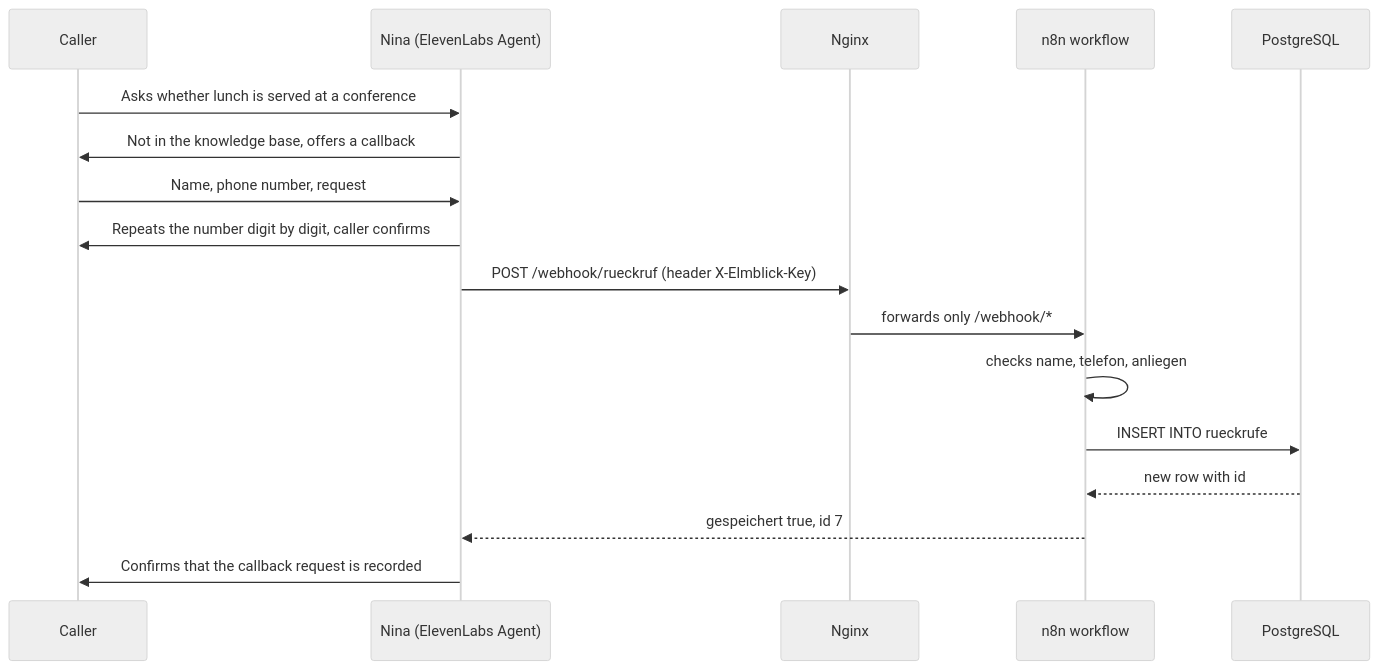
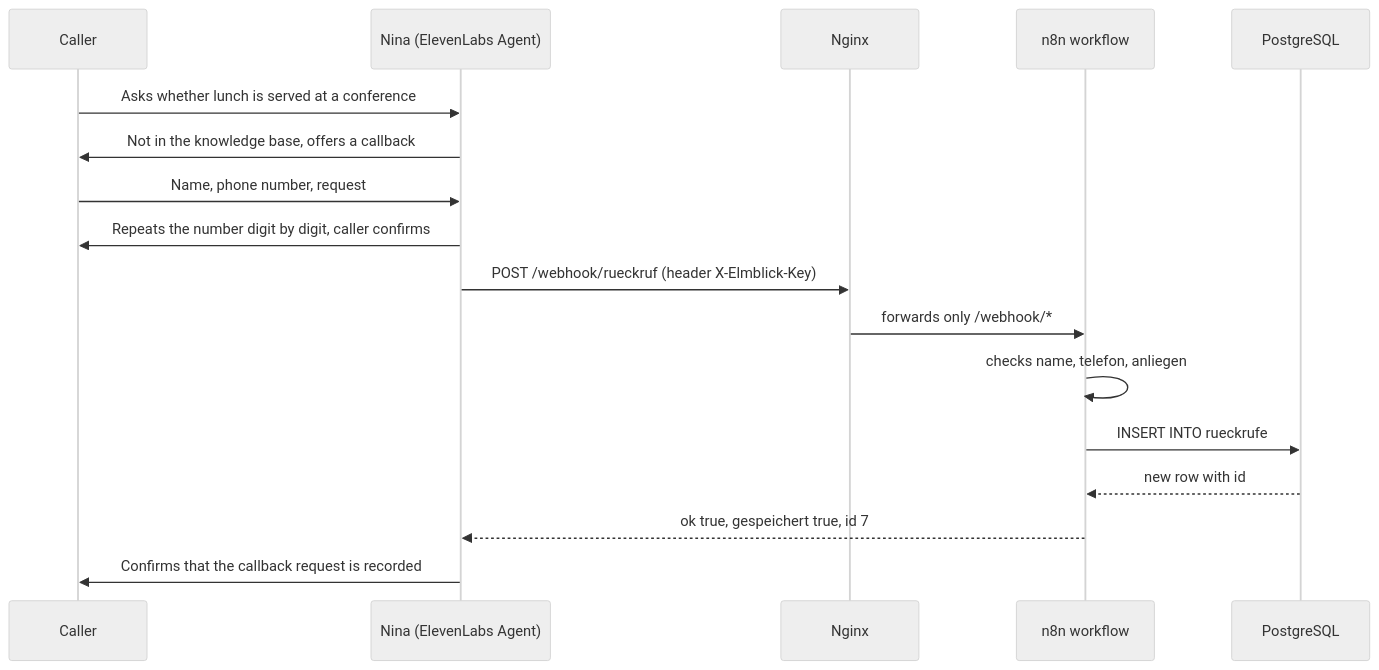
One commit to B-Blarr/Voice-Agent-Hotel changed the diagram in README.md. Above: the diagram before and after it, drawn with Mermaid (neutral theme). The commit also changed other lines of this file and 2 other files, not shown here.

````diff
--- a/README.md
+++ b/README.md
@@ -44,20 +44,20 @@
 ```mermaid
 sequenceDiagram
     participant C as Caller
     participant N as Nina (ElevenLabs Agent)
     participant G as Nginx
     participant W as n8n workflow
     participant D as PostgreSQL
 
     C->>N: Asks whether lunch is served at a conference
     N->>C: Not in the knowledge base, offers a callback
     C->>N: Name, phone number, request
     N->>C: Repeats the number digit by digit, caller confirms
     N->>G: POST /webhook/rueckruf (header X-Elmblick-Key)
     G->>W: forwards only /webhook/*
     W->>W: checks name, telefon, anliegen
     W->>D: INSERT INTO rueckrufe
     D-->>W: new row with id
-    W-->>N: gespeichert true, id 7
+    W-->>N: ok true, gespeichert true, id 7
     N->>C: Confirms that the callback request is recorded
 ```
````
